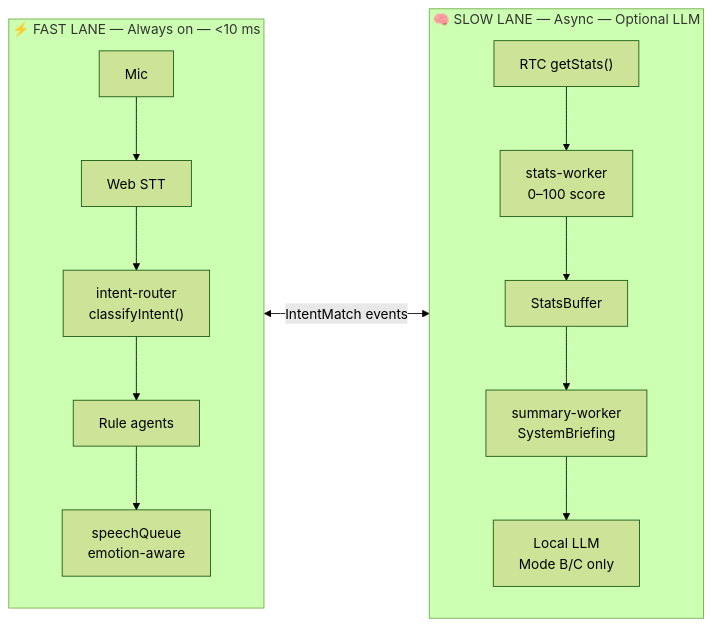
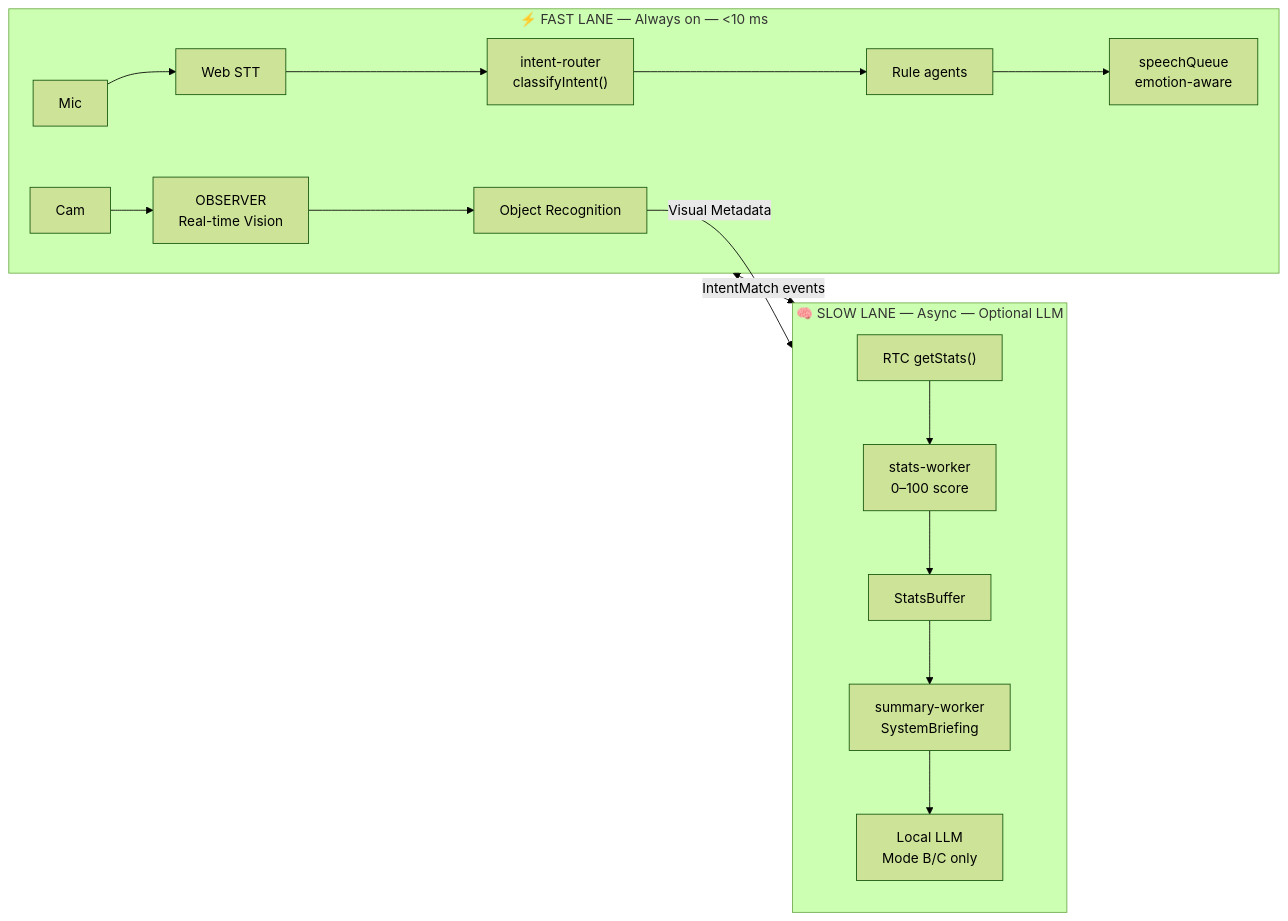
Before and after one commit to 4citeB4U/LeeWay-Edge-RTC: the second of 4 diagrams in README.md, drawn with Mermaid (forest theme). The commit also changed other lines of this file and 71 other files, not shown here.

````diff
--- a/README.md
+++ b/README.md
@@ -151,12 +154,14 @@
 ```mermaid
 flowchart LR
   subgraph FAST["⚡ FAST LANE — Always on — &lt;10 ms"]
     MIC["Mic"] --> STT["Web STT"] --> IR2["intent-router\nclassifyIntent()"] --> RULES["Rule agents"] --> TTS2["speechQueue\nemotion-aware"]
+    CAM["Cam"] --> OBS["OBSERVER\nReal-time Vision"] --> VISION["Object Recognition"]
   end
 
   subgraph SLOW["🧠 SLOW LANE — Async — Optional LLM"]
     STATS["RTC getStats()"] --> SCORER["stats-worker\n0–100 score"] --> BUF["StatsBuffer"] --> BRIEF["summary-worker\nSystemBriefing"] --> LLM2["Local LLM\nMode B/C only"]
   end
 
   FAST <-->|"IntentMatch events"| SLOW
+  VISION -->|"Visual Metadata"| SLOW
 ```
````
